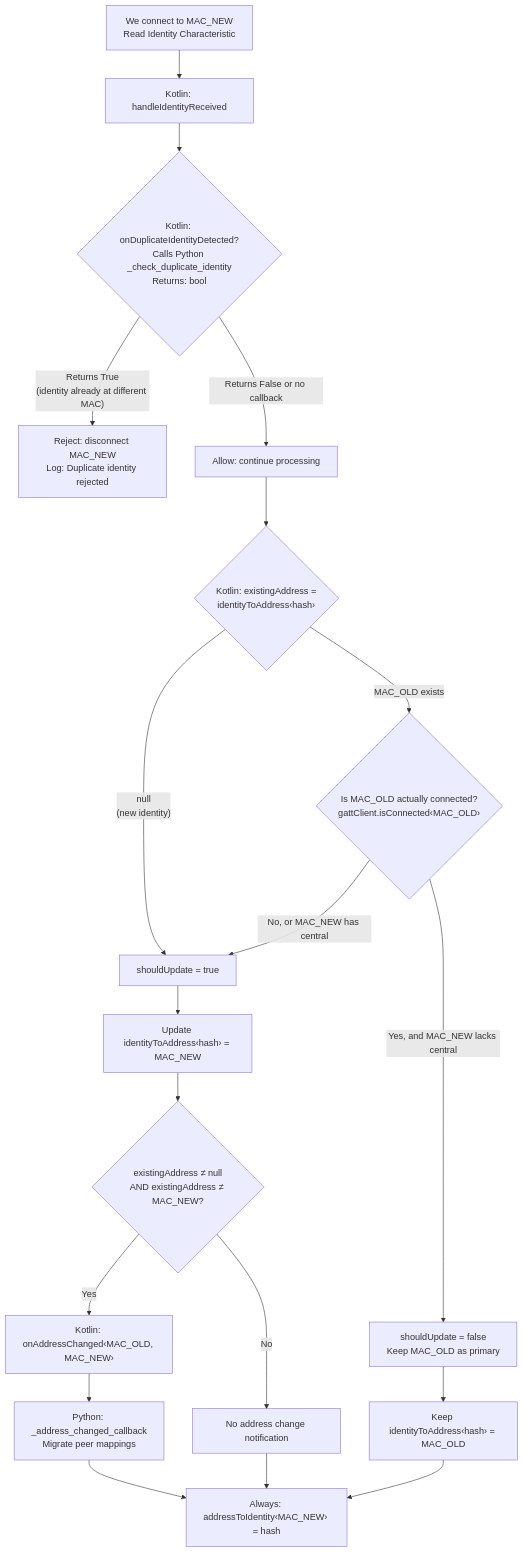
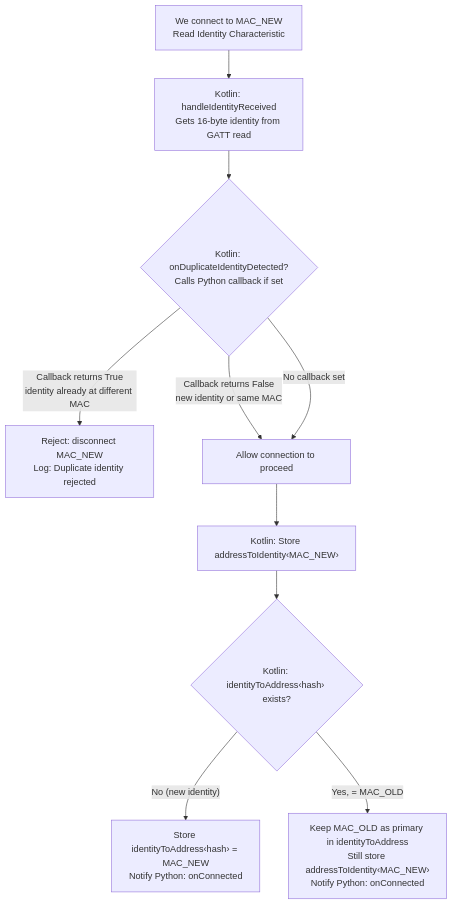
The ninth of 17 diagrams in docs/ble-architecture.md (derpyspike/columba), drawn with Mermaid before and after one commit. The commit also changed other lines of this file, not shown here.

Commit message:
docs(ble): improve architecture diagram layout and structure

````diff
--- a/docs/ble-architecture.md
+++ b/docs/ble-architecture.md
@@ -404,28 +311,13 @@
 ```mermaid
 flowchart TD
-    A[We connect to MAC_NEW<br/>Read Identity Characteristic] --> B[Kotlin: handleIdentityReceived]
-    B --> C{Kotlin: onDuplicateIdentityDetected?<br/>Calls Python _check_duplicate_identity<br/>Returns: bool}
-    C -->|"Returns True<br/>(identity already at different MAC)"| D[Reject: disconnect MAC_NEW<br/>Log: Duplicate identity rejected]
-    C -->|"Returns False or no callback"| E[Allow: continue processing]
+    A[We connect to MAC_NEW<br/>Read Identity Characteristic] --> B[Kotlin: handleIdentityReceived<br/>Gets 16-byte identity from GATT read]
+    B --> C{Kotlin: onDuplicateIdentityDetected?<br/>Calls Python callback if set}
+    C -->|Callback returns True<br/>identity already at different MAC| D[Reject: disconnect MAC_NEW<br/>Log: Duplicate identity rejected]
+    C -->|Callback returns False<br/>new identity or same MAC| E[Allow connection to proceed]
+    C -->|No callback set| E
 
-    E --> F{Kotlin: existingAddress =<br/>identityToAddress‹hash›}
-
-    F -->|"null<br/>(new identity)"| G[shouldUpdate = true]
-    F -->|"MAC_OLD exists"| H{Is MAC_OLD actually connected?<br/>gattClient.isConnected‹MAC_OLD›}
-
-    H -->|"No, or MAC_NEW has central"| G
-    H -->|"Yes, and MAC_NEW lacks central"| I[shouldUpdate = false<br/>Keep MAC_OLD as primary]
-
-    G --> J[Update identityToAddress‹hash› = MAC_NEW]
-    J --> K{existingAddress ≠ null<br/>AND existingAddress ≠ MAC_NEW?}
-    K -->|Yes| L[Kotlin: onAddressChanged‹MAC_OLD, MAC_NEW›]
-    K -->|No| M[No address change notification]
-
-    I --> N[Keep identityToAddress‹hash› = MAC_OLD]
-
-    L --> O[Python: _address_changed_callback<br/>Migrate peer mappings]
-
-    N --> P[Always: addressToIdentity‹MAC_NEW› = hash]
-    M --> P
-    O --> P
+    E --> F[Kotlin: Store addressToIdentity‹MAC_NEW›]
+    F --> G{Kotlin: identityToAddress‹hash› exists?}
+    G -->|"No (new identity)"| H[Store identityToAddress‹hash› = MAC_NEW<br/>Notify Python: onConnected]
+    G -->|"Yes, = MAC_OLD"| I[Keep MAC_OLD as primary in identityToAddress<br/>Still store addressToIdentity‹MAC_NEW›<br/>Notify Python: onConnected]
 ```
````
